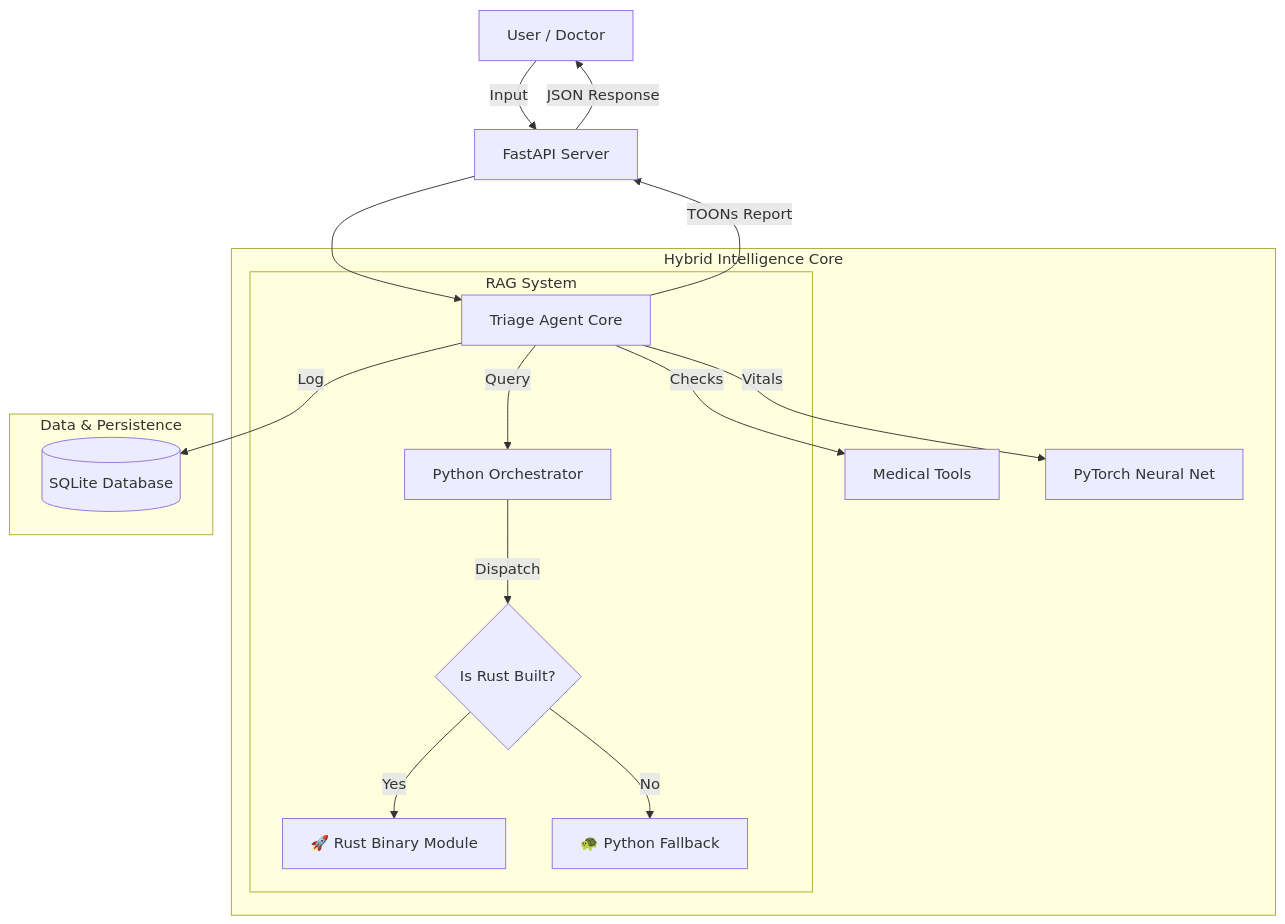
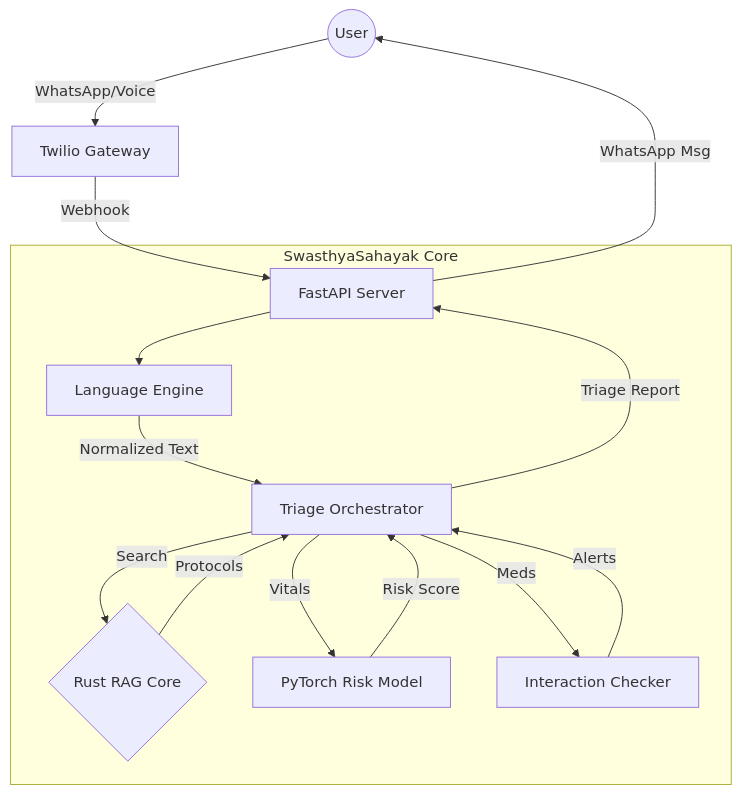
Before and after one commit to bytemeclaude/AI-Agents-Health-care: the diagram in README.md, drawn with Mermaid. The commit also changed other lines of this file, not shown here.

````diff
--- a/README.md
+++ b/README.md
@@ -39,24 +49,21 @@
 ```mermaid
 graph TD
-    User[User / Doctor] -->|Input| API[FastAPI Server]
-    API --> Agent[Triage Agent Core]
+    User((User)) -->|WhatsApp/Voice| Twilio[Twilio Gateway]
+    Twilio -->|Webhook| API[FastAPI Server]
     
-    subgraph "Hybrid Intelligence Core"
-        Agent -->|Checks| Tools[Medical Tools]
-        Agent -->|Vitals| Brain[PyTorch Neural Net]
+    subgraph "SwasthyaSahayak Core"
+        API --> Lang[Language Engine]
+        Lang -->|Normalized Text| Bot[Triage Orchestrator]
         
-        subgraph "RAG System"
-            Agent -->|Query| RAG_Py[Python Orchestrator]
-            RAG_Py -->|Dispatch| Core{Is Rust Built?}
-            Core -->|Yes| Rust[🚀 Rust Binary Module]
-            Core -->|No| Python[🐢 Python Fallback]
-        end
+        Bot -->|Search| RAG{Rust RAG Core}
+        Bot -->|Vitals| Brain[PyTorch Risk Model]
+        Bot -->|Meds| Tools[Interaction Checker]
+        
+        RAG -->|Protocols| Bot
+        Brain -->|Risk Score| Bot
+        Tools -->|Alerts| Bot
     end
     
-    subgraph "Data & Persistence"
-        Agent -->|Log| DB[(SQLite Database)]
-    end
-    
-    Agent -->|TOONs Report| API
-    API -->|JSON Response| User
+    Bot -->|Triage Report| API
+    API -->|WhatsApp Msg| User
 ```
````
